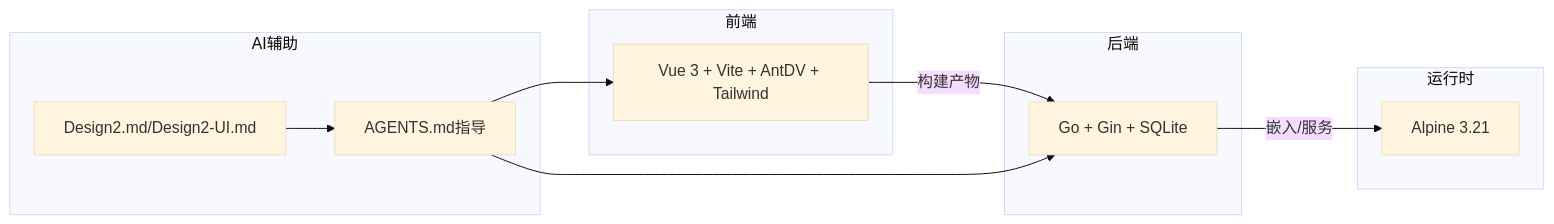
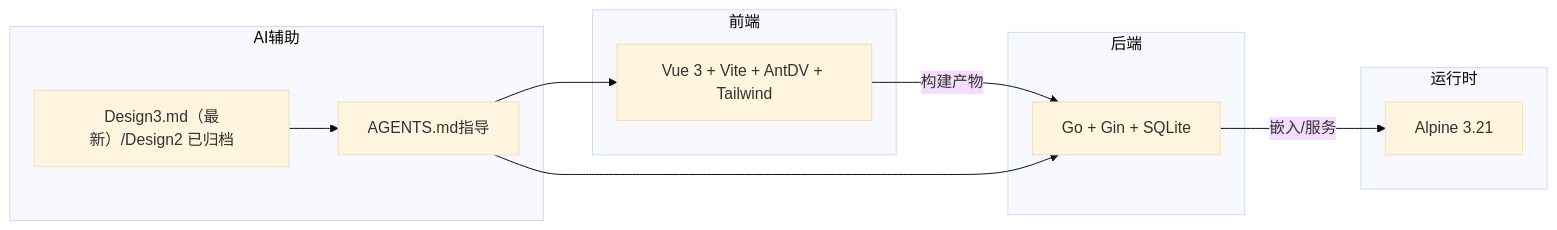
One commit to AlcaProphet/VPN-Subscription-Management changed the sixth of 6 diagrams in .qoder/repowiki/zh/content/开发指南/开发工作流.md. Above: the diagram before and after it, drawn with Mermaid (base theme). The commit also changed other lines of this file and 52 other files, not shown here.

````diff
--- a/.qoder/repowiki/zh/content/开发指南/开发工作流.md
+++ b/.qoder/repowiki/zh/content/开发指南/开发工作流.md
@@ -289,21 +289,21 @@
 ```mermaid
 graph LR
 subgraph "前端"
 FE["Vue 3 + Vite + AntDV + Tailwind"]
 end
 subgraph "后端"
 BE["Go + Gin + SQLite"]
 end
 subgraph "运行时"
 RUN["Alpine 3.21"]
 end
 subgraph "AI辅助"
 AI["AGENTS.md指导"]
-DESIGN["Design2.md/Design2-UI.md"]
+DESIGN["Design3.md（最新）/Design2 已归档"]
 end
 FE --> |"构建产物"| BE
 BE --> |"嵌入/服务"| RUN
 AI --> FE
 AI --> BE
 DESIGN --> AI
 ```
````
